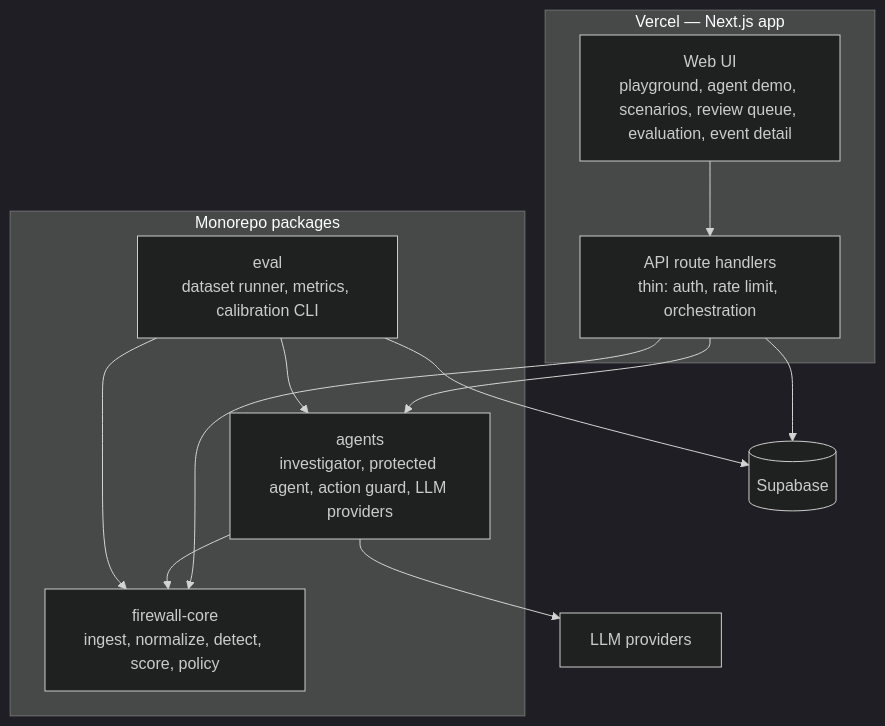
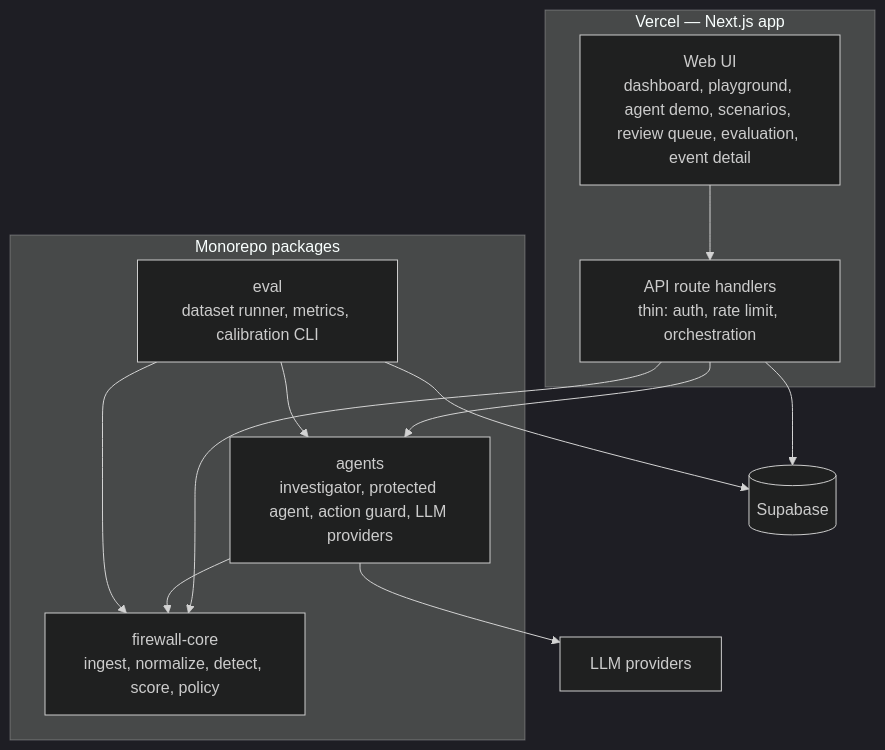
One commit to umarfarookm/hifz-ai-security-firewall changed the second of 4 diagrams in docs/architecture/HLD.md. Above: the diagram before and after it, drawn with Mermaid (dark theme). The commit also changed other lines of this file and 2 other files, not shown here.

Commit message:
docs: describe the dashboard and the close band colours
LLD section 10 and HLD sections 5 and 14: the Dashboard is built. README: demo
table row, future-work entry removed, and a known limitation: the MEDIUM (amber)
and HIGH (orange) band colours are close (delta E 6.8, below the validator's 15
floor), so every use pairs colour with a text label and a fixed order.

````diff
--- a/docs/architecture/HLD.md
+++ b/docs/architecture/HLD.md
@@ -138,21 +138,21 @@
 ```mermaid
 flowchart TB
   subgraph Vercel[Vercel — Next.js app]
-    UI[Web UI<br/>playground, agent demo, scenarios, review queue, evaluation, event detail]
+    UI[Web UI<br/>dashboard, playground, agent demo, scenarios, review queue, evaluation, event detail]
     API[API route handlers<br/>thin: auth, rate limit, orchestration]
   end
   subgraph Packages[Monorepo packages]
     CORE[firewall-core<br/>ingest, normalize, detect, score, policy]
     AGENTS[agents<br/>investigator, protected agent, action guard, LLM providers]
     EVAL[eval<br/>dataset runner, metrics, calibration CLI]
   end
   UI --> API
   API --> CORE
   API --> AGENTS
   AGENTS --> CORE
   EVAL --> AGENTS
   EVAL --> CORE
   API --> DB[(Supabase)]
   EVAL --> DB
   AGENTS --> LLM[LLM providers]
 ```
````
